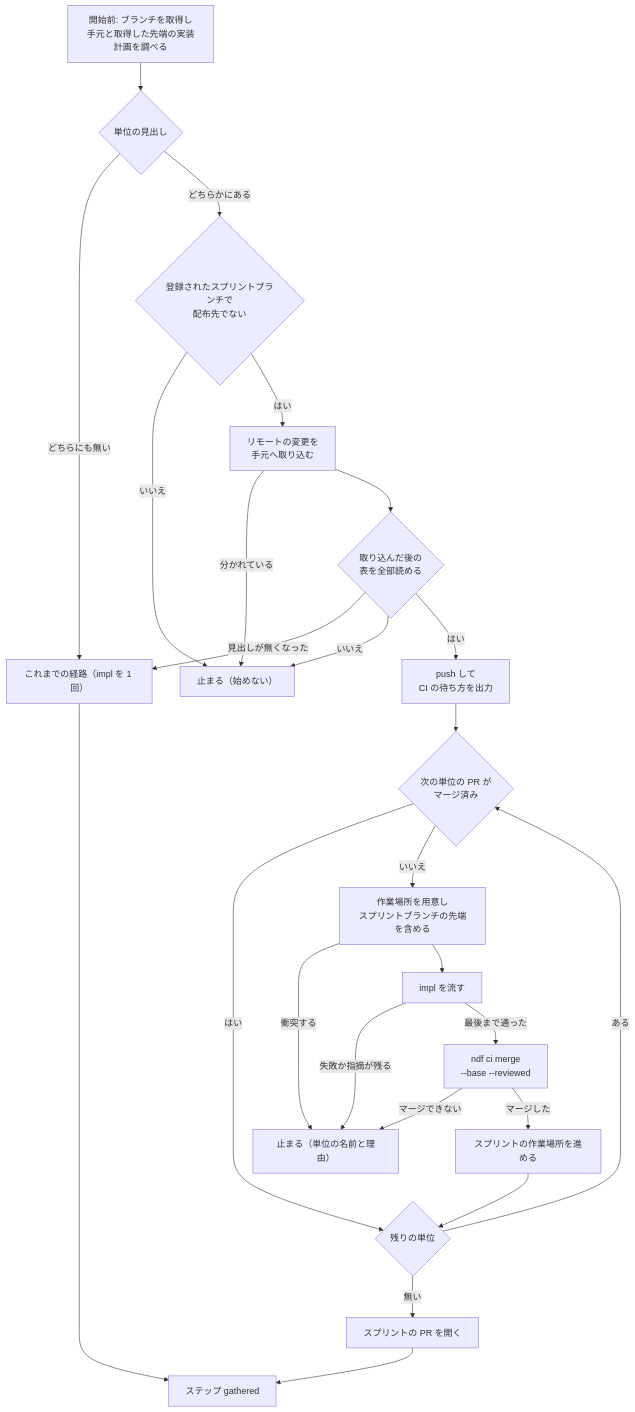
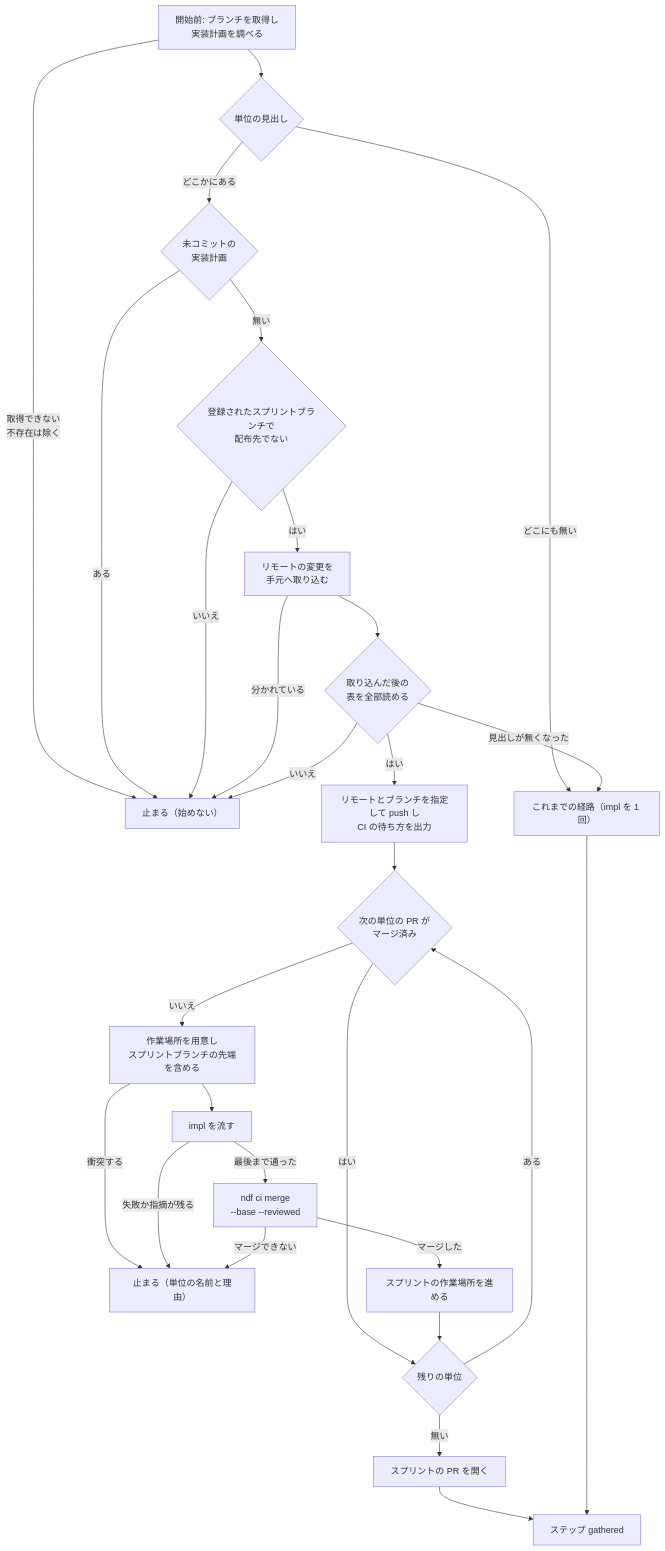
The third of 3 diagrams in issues/issue-4369-design.md (devbasex/ai-plugins), drawn with Mermaid before and after one commit. The commit also changed other lines of this file and 1 other file, not shown here.

Commit message:
Docs: cross-review の指摘で開始前の取得・push・未コミットの計画・任意の入力の扱いを決め、取得を足す理由を記録する （#4369）

````diff
--- a/issues/issue-4369-design.md
+++ b/issues/issue-4369-design.md
@@ -204,27 +204,30 @@
 ```mermaid
 flowchart TB
-  A["開始前: ブランチを取得し<br/>手元と取得した先端の実装計画を調べる"] --> B{"単位の見出し"}
-  B -->|どちらにも無い| C["これまでの経路（impl を 1 回）"]
-  B -->|どちらかにある| D{"登録されたスプリントブランチで<br/>配布先でない"}
+  A["開始前: ブランチを取得し<br/>実装計画を調べる"] --> B{"単位の見出し"}
+  A -->|取得できない<br/>不存在は除く| E
+  B -->|どこにも無い| C["これまでの経路（impl を 1 回）"]
+  B -->|どこかにある| Q{"未コミットの<br/>実装計画"}
+  Q -->|ある| E
+  Q -->|無い| D{"登録されたスプリントブランチで<br/>配布先でない"}
   D -->|いいえ| E["止まる（始めない）"]
   D -->|はい| F["リモートの変更を<br/>手元へ取り込む"]
   F -->|分かれている| E
   F --> R{"取り込んだ後の<br/>表を全部読める"}
   R -->|見出しが無くなった| C
   R -->|いいえ| E
-  R -->|はい| S["push して<br/>CI の待ち方を出力"]
+  R -->|はい| S["リモートとブランチを指定して push し<br/>CI の待ち方を出力"]
   S --> H{"次の単位の PR が<br/>マージ済み"}
   H -->|はい| N{"残りの単位"}
   H -->|いいえ| W["作業場所を用意し<br/>スプリントブランチの先端を含める"]
   W -->|衝突する| X
   W --> P["impl を流す"]
   P -->|失敗か指摘が残る| X["止まる（単位の名前と理由）"]
   P -->|最後まで通った| M["ndf ci merge<br/>--base --reviewed"]
   M -->|マージできない| X
   M -->|マージした| V["スプリントの作業場所を進める"]
   V --> N
   N -->|ある| H
   N -->|無い| Z["スプリントの PR を開く"]
   Z --> G["ステップ gathered"]
   C --> G
 ```
````
